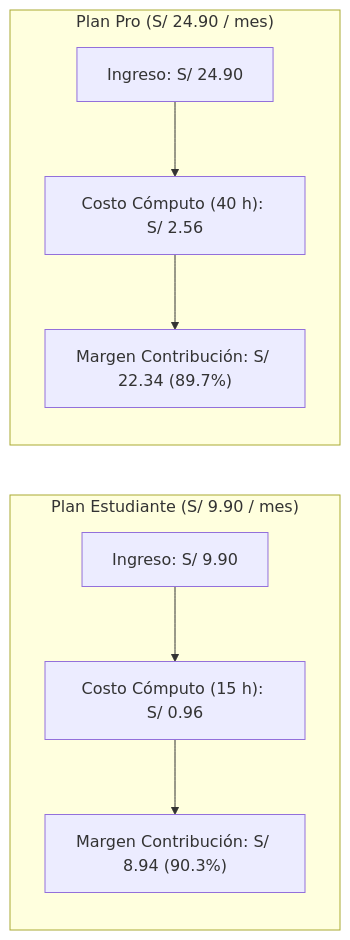
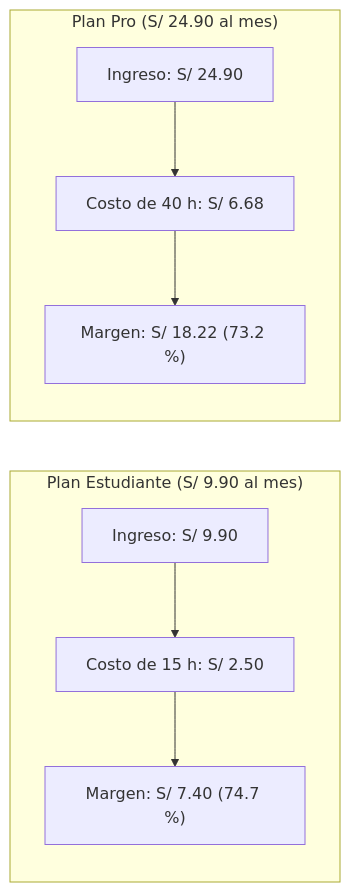
Before and after one commit to rodnm/minuta-app: the diagram in docs/resultados.md, drawn with Mermaid. The commit also changed other lines of this file and 6 other files, not shown here.

````diff
--- a/docs/resultados.md
+++ b/docs/resultados.md
@@ -177,18 +195,18 @@
 ```mermaid
 flowchart LR
-    subgraph Plan_Estudiante["Plan Estudiante (S/ 9.90 / mes)"]
+    subgraph Plan_Estudiante["Plan Estudiante (S/ 9.90 al mes)"]
         direction TB
         PE["Ingreso: S/ 9.90"]
-        CE["Costo Cómputo (15 h): S/ 0.96"]
-        ME["Margen Contribución: S/ 8.94 (90.3%)"]
+        CE["Costo de 15 h: S/ 2.50"]
+        ME["Margen: S/ 7.40 (74.7 %)"]
         PE --> CE --> ME
     end
 
-    subgraph Plan_Pro["Plan Pro (S/ 24.90 / mes)"]
+    subgraph Plan_Pro["Plan Pro (S/ 24.90 al mes)"]
         direction TB
         PP["Ingreso: S/ 24.90"]
-        CP["Costo Cómputo (40 h): S/ 2.56"]
-        MP["Margen Contribución: S/ 22.34 (89.7%)"]
+        CP["Costo de 40 h: S/ 6.68"]
+        MP["Margen: S/ 18.22 (73.2 %)"]
         PP --> CP --> MP
     end
 ```
````
